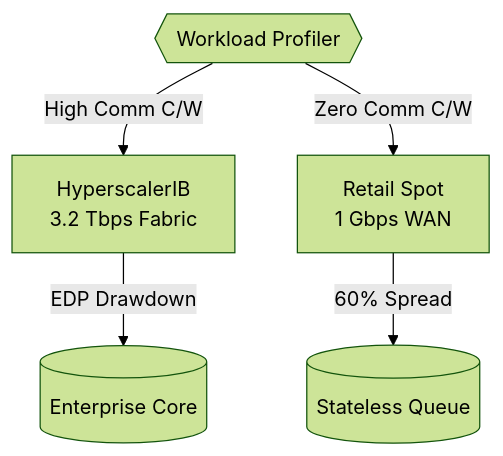
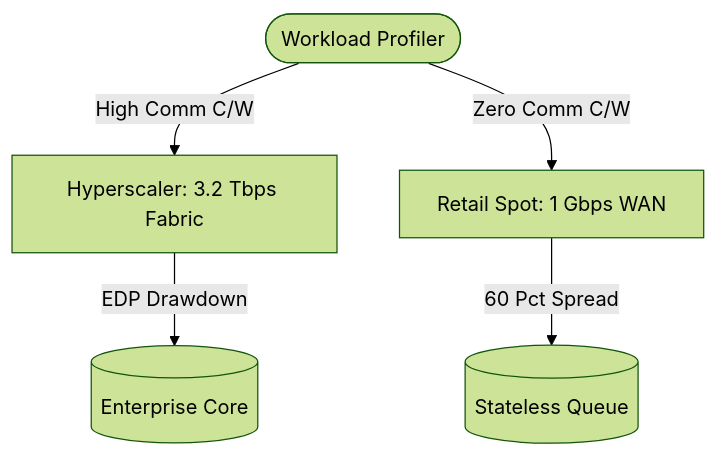
The second of 2 diagrams in docs/wiki/architecture.md (AAH20/apex-compute-energy-futures), drawn with Mermaid (forest theme) before and after one commit. The commit also changed other lines of this file and 4 other files, not shown here.

Commit message:
fix(diagrams): sanitize mermaid syntax for 100% github native rendering

````diff
--- a/docs/wiki/architecture.md
+++ b/docs/wiki/architecture.md
@@ -50,8 +50,8 @@
 ```mermaid
 flowchart TD
-    INGEST{{Workload Profiler}} -->|High Comm C/W| HYPER[HyperscalerIB<br>3.2 Tbps Fabric]
-    INGEST -->|Zero Comm C/W| RETAIL[Retail Spot<br>1 Gbps WAN]
+    INGEST(["Workload Profiler"]) -->|"High Comm C/W"| HYPER["Hyperscaler: 3.2 Tbps Fabric"]
+    INGEST -->|"Zero Comm C/W"| RETAIL["Retail Spot: 1 Gbps WAN"]
     
-    HYPER -->|EDP Drawdown| PROD[(Enterprise Core)]
-    RETAIL -->|60% Spread| BATCH[(Stateless Queue)]
+    HYPER -->|"EDP Drawdown"| PROD[("Enterprise Core")]
+    RETAIL -->|"60 Pct Spread"| BATCH[("Stateless Queue")]
 ```
````
